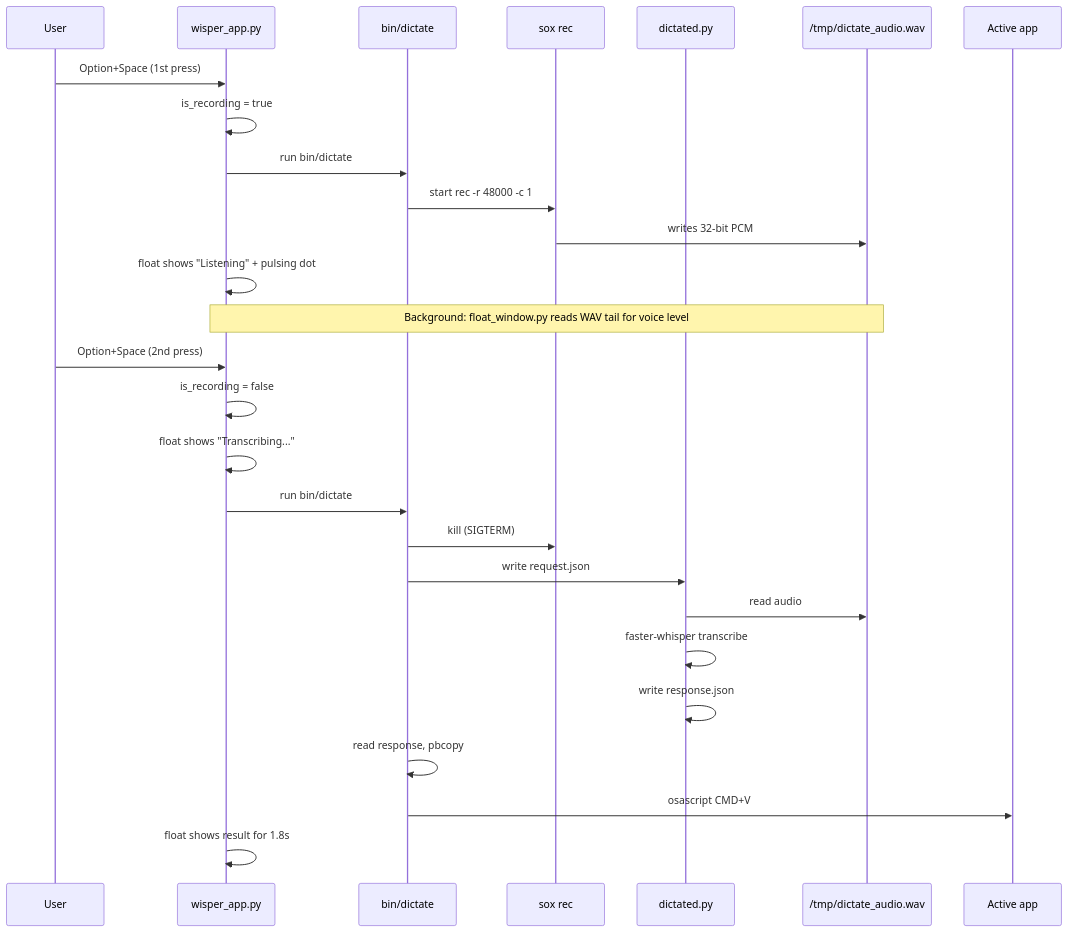
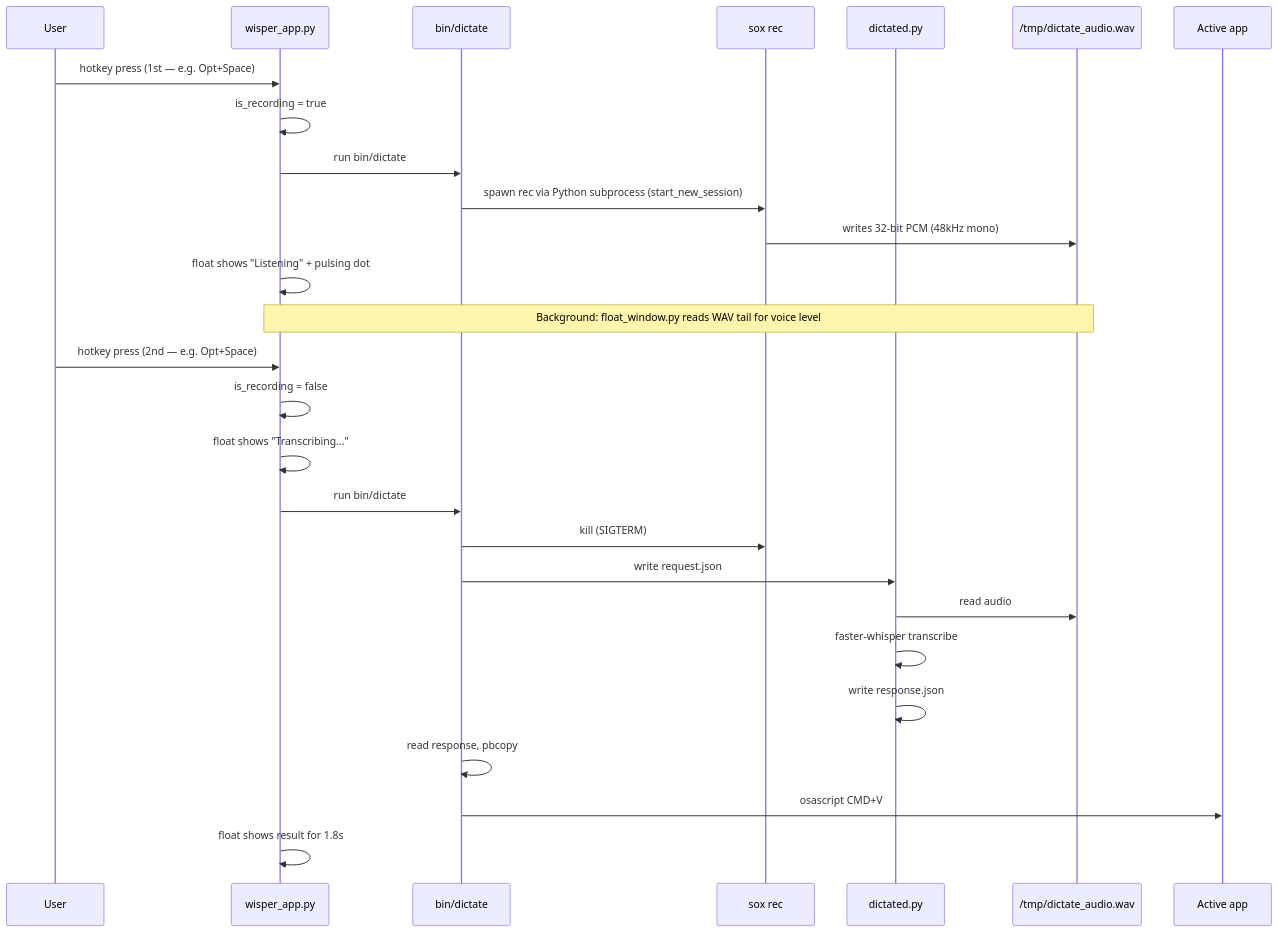
Before and after one commit to andkirby/whisper-ear: the second of 6 diagrams in docs/architecture.md, drawn with Mermaid. The commit also changed other lines of this file, not shown here.

First line of the commit message:
Fix architecture docs: remove stale lockfile, quote diagram 6 labels

````diff
--- a/docs/architecture.md
+++ b/docs/architecture.md
@@ -48,32 +48,32 @@
 ```mermaid
 sequenceDiagram
     participant User
     participant App as wisper_app.py
     participant Shell as bin/dictate
     participant Sox as sox rec
     participant Daemon as dictated.py
     participant WAV as /tmp/dictate_audio.wav
     participant Target as Active app
 
-    User->>App: Option+Space (1st press)
+    User->>App: hotkey press (1st — e.g. Opt+Space)
     App->>App: is_recording = true
     App->>Shell: run bin/dictate
-    Shell->>Sox: start rec -r 48000 -c 1
-    Sox->>WAV: writes 32-bit PCM
+    Shell->>Sox: spawn rec via Python subprocess (start_new_session)
+    Sox->>WAV: writes 32-bit PCM (48kHz mono)
     App->>App: float shows "Listening" + pulsing dot
 
     Note over App,WAV: Background: float_window.py reads WAV tail for voice level
 
-    User->>App: Option+Space (2nd press)
+    User->>App: hotkey press (2nd — e.g. Opt+Space)
     App->>App: is_recording = false
     App->>App: float shows "Transcribing..."
     App->>Shell: run bin/dictate
     Shell->>Sox: kill (SIGTERM)
     Shell->>Daemon: write request.json
     Daemon->>WAV: read audio
     Daemon->>Daemon: faster-whisper transcribe
     Daemon->>Daemon: write response.json
     Shell->>Shell: read response, pbcopy
     Shell->>Target: osascript CMD+V
     App->>App: float shows result for 1.8s
 ```
````
